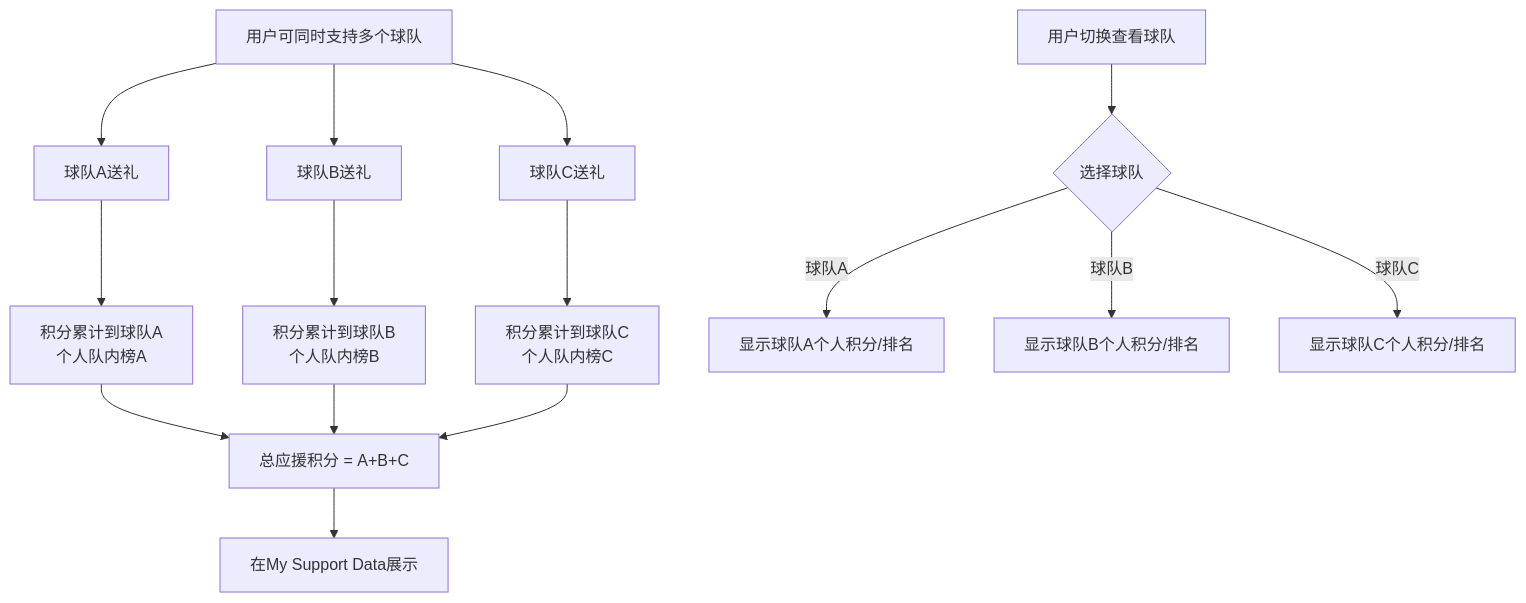
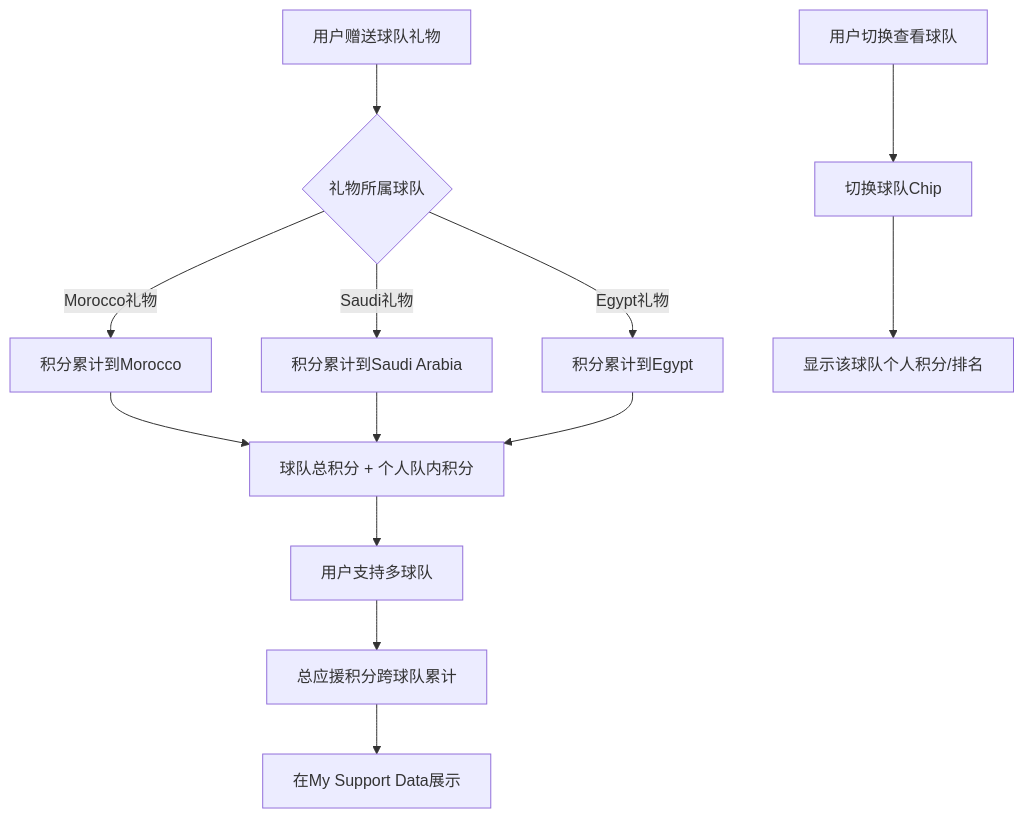
The sixth of 7 diagrams in 2026世界杯活动需求文档.md (kocekid/2026-WorldCup-Activity-Requirements), drawn with Mermaid before and after one commit. The commit also changed other lines of this file, not shown here.

````diff
--- a/2026世界杯活动需求文档.md
+++ b/2026世界杯活动需求文档.md
@@ -164,21 +197,18 @@
 ```mermaid
 flowchart TD
-    A[用户可同时支持多个球队] --> B[球队A送礼]
-    A --> C[球队B送礼]
-    A --> D[球队C送礼]
+    A[用户赠送球队礼物] --> B{礼物所属球队}
+    B -->|Morocco礼物| C[积分累计到Morocco]
+    B -->|Saudi礼物| D[积分累计到Saudi Arabia]
+    B -->|Egypt礼物| E[积分累计到Egypt]
     
-    B --> E[积分累计到球队A<br>个人队内榜A]
-    C --> F[积分累计到球队B<br>个人队内榜B]
-    D --> G[积分累计到球队C<br>个人队内榜C]
+    C --> F[球队总积分 + 个人队内积分]
+    D --> F
+    E --> F
     
-    E --> H[总应援积分 = A+B+C]
-    F --> H
-    G --> H
-    
+    F --> G[用户支持多球队]
+    G --> H[总应援积分跨球队累计]
     H --> I[在My Support Data展示]
     
-    J[用户切换查看球队] --> K{选择球队}
-    K -->|球队A| L[显示球队A个人积分/排名]
-    K -->|球队B| M[显示球队B个人积分/排名]
-    K -->|球队C| N[显示球队C个人积分/排名]
+    J[用户切换查看球队] --> K[切换球队Chip]
+    K --> L[显示该球队个人积分/排名]
 ```
````
